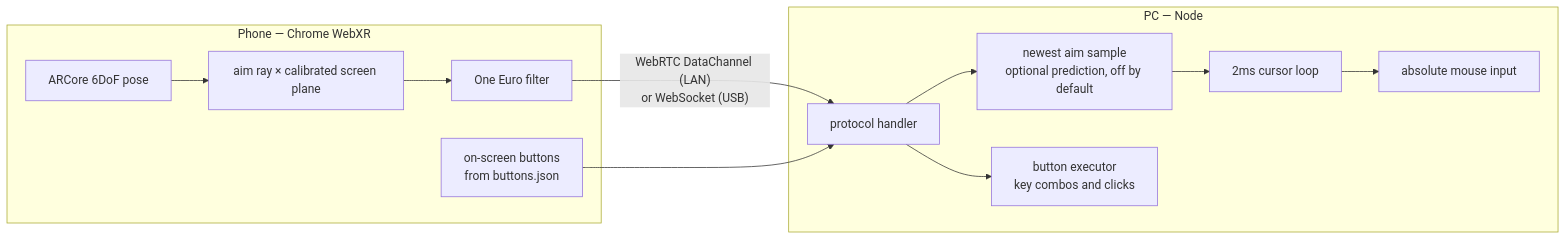
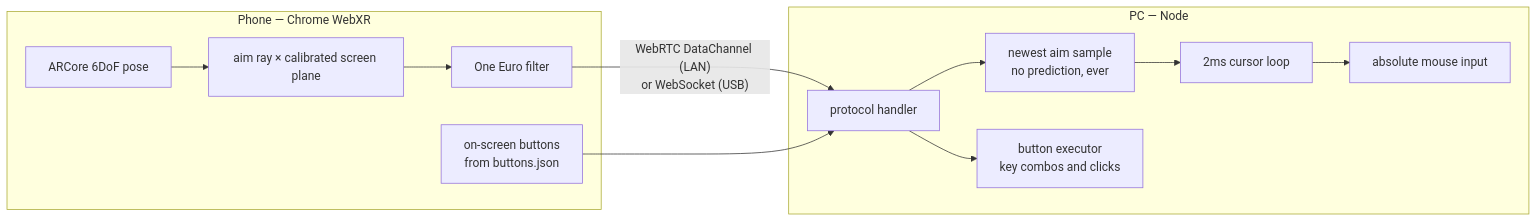
Before and after one commit to ggcaponetto/point-bang: the diagram in README.md, drawn with Mermaid. The commit also changed other lines of this file and 28 other files, not shown here.

````diff
--- a/README.md
+++ b/README.md
@@ -57,16 +57,16 @@
 ```mermaid
 flowchart LR
     subgraph phone [Phone — Chrome WebXR]
         A[ARCore 6DoF pose] --> B[aim ray × calibrated screen plane]
         B --> C[One Euro filter]
         H[on-screen buttons<br/>from buttons.json]
     end
     C -- "WebRTC DataChannel (LAN)<br/>or WebSocket (USB)" --> D
     H --> D
     subgraph pc [PC — Node]
-        D[protocol handler] --> E[newest aim sample<br/>optional prediction, off by default]
+        D[protocol handler] --> E[newest aim sample<br/>no prediction, ever]
         E --> F[2ms cursor loop]
         F --> G[absolute mouse input]
         D --> I[button executor<br/>key combos and clicks]
     end
 ```
````
